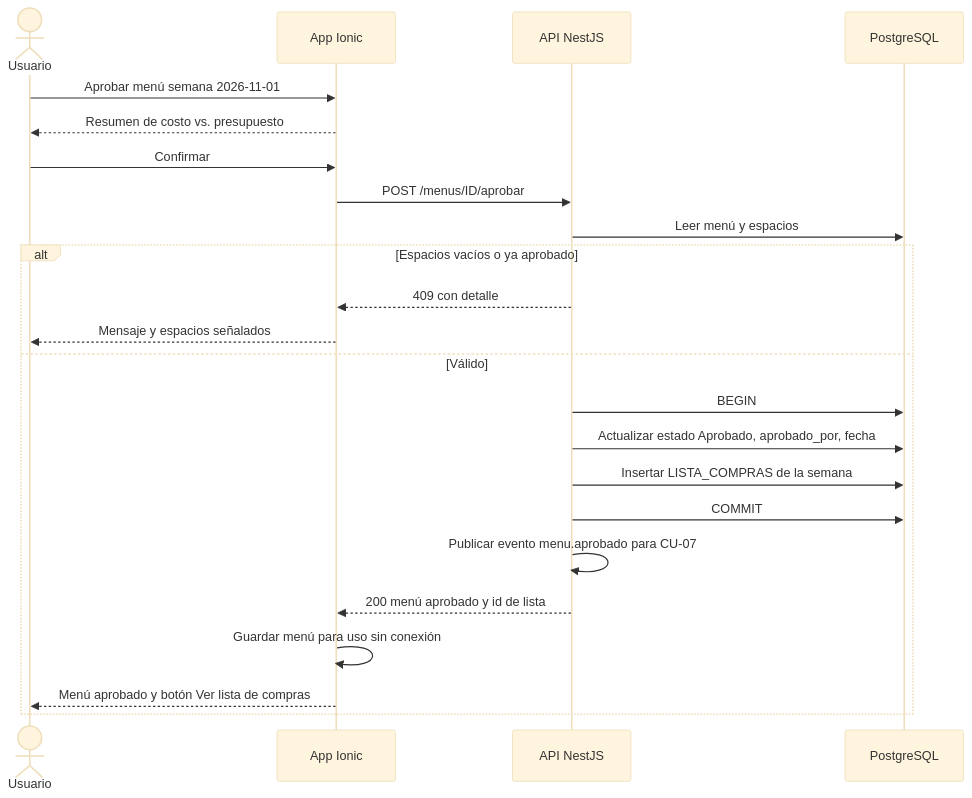
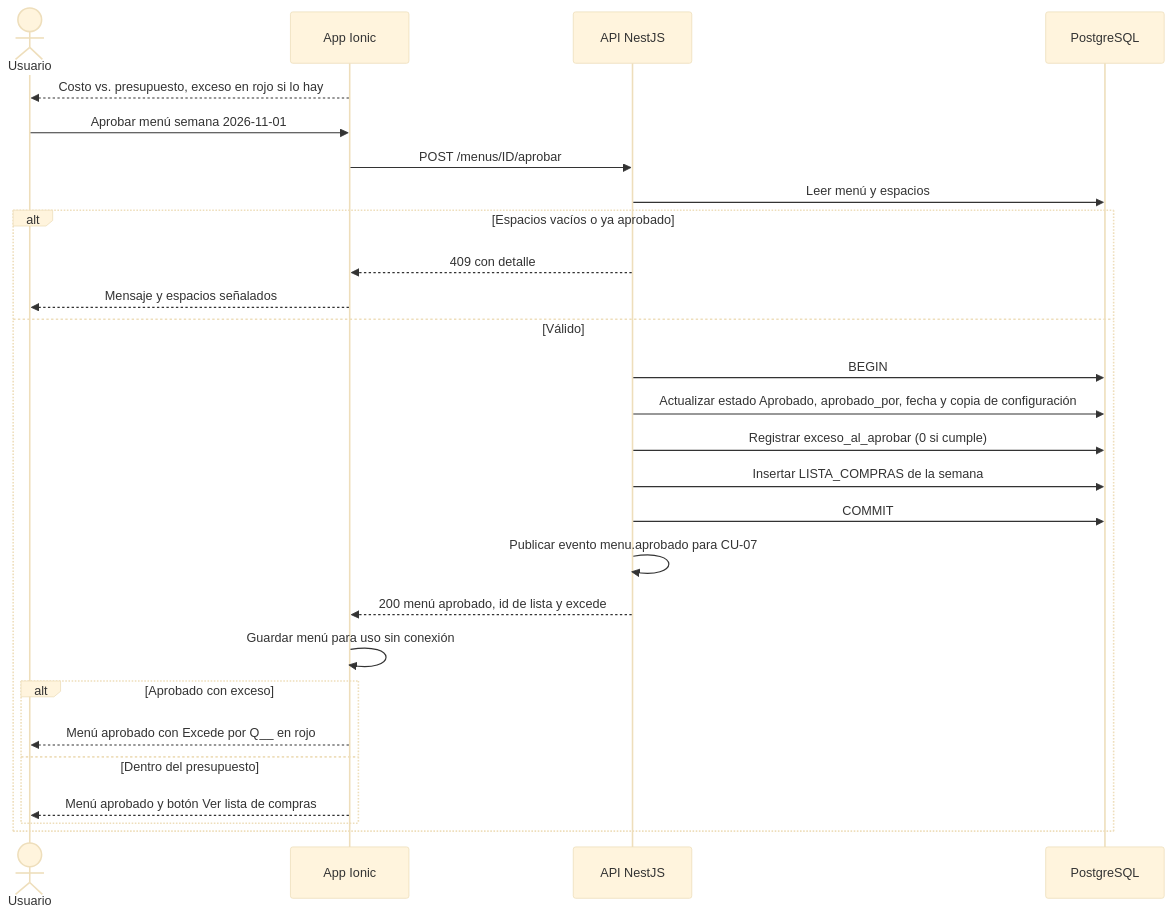
One commit to devrenerosales/App_Comidas changed the sixth of 10 diagrams in docs/01-requerimientos/historias/M06-plan-semanal.md. Above: the diagram before and after it, drawn with Mermaid (base theme). The commit also changed other lines of this file and 11 other files, not shown here.

````diff
--- a/docs/01-requerimientos/historias/M06-plan-semanal.md
+++ b/docs/01-requerimientos/historias/M06-plan-semanal.md
@@ -217,25 +218,29 @@
 ```mermaid
 sequenceDiagram
   actor U as Usuario
   participant APP as App Ionic
   participant API as API NestJS
   participant DB as PostgreSQL
+  APP-->>U: Costo vs. presupuesto, exceso en rojo si lo hay
   U->>APP: Aprobar menú semana 2026-11-01
-  APP-->>U: Resumen de costo vs. presupuesto
-  U->>APP: Confirmar
   APP->>API: POST /menus/ID/aprobar
   API->>DB: Leer menú y espacios
   alt Espacios vacíos o ya aprobado
     API-->>APP: 409 con detalle
     APP-->>U: Mensaje y espacios señalados
   else Válido
     API->>DB: BEGIN
-    API->>DB: Actualizar estado Aprobado, aprobado_por, fecha
+    API->>DB: Actualizar estado Aprobado, aprobado_por, fecha y copia de configuración
+    API->>DB: Registrar exceso_al_aprobar (0 si cumple)
     API->>DB: Insertar LISTA_COMPRAS de la semana
     API->>DB: COMMIT
     API->>API: Publicar evento menu.aprobado para CU-07
-    API-->>APP: 200 menú aprobado y id de lista
+    API-->>APP: 200 menú aprobado, id de lista y excede
     APP->>APP: Guardar menú para uso sin conexión
-    APP-->>U: Menú aprobado y botón Ver lista de compras
+    alt Aprobado con exceso
+      APP-->>U: Menú aprobado con Excede por Q__ en rojo
+    else Dentro del presupuesto
+      APP-->>U: Menú aprobado y botón Ver lista de compras
+    end
   end
 ```
````
